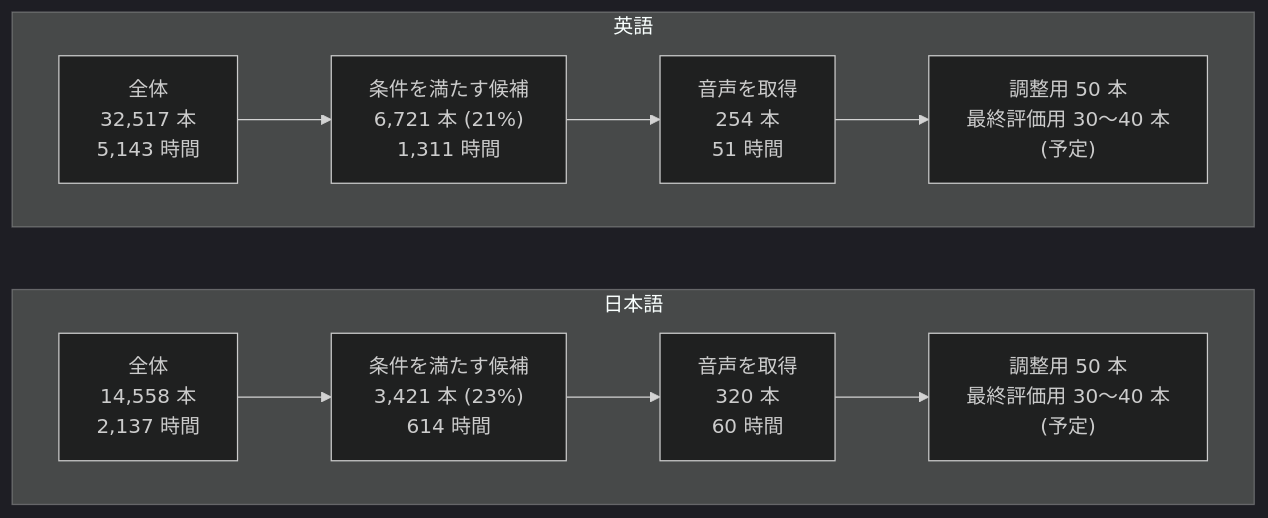
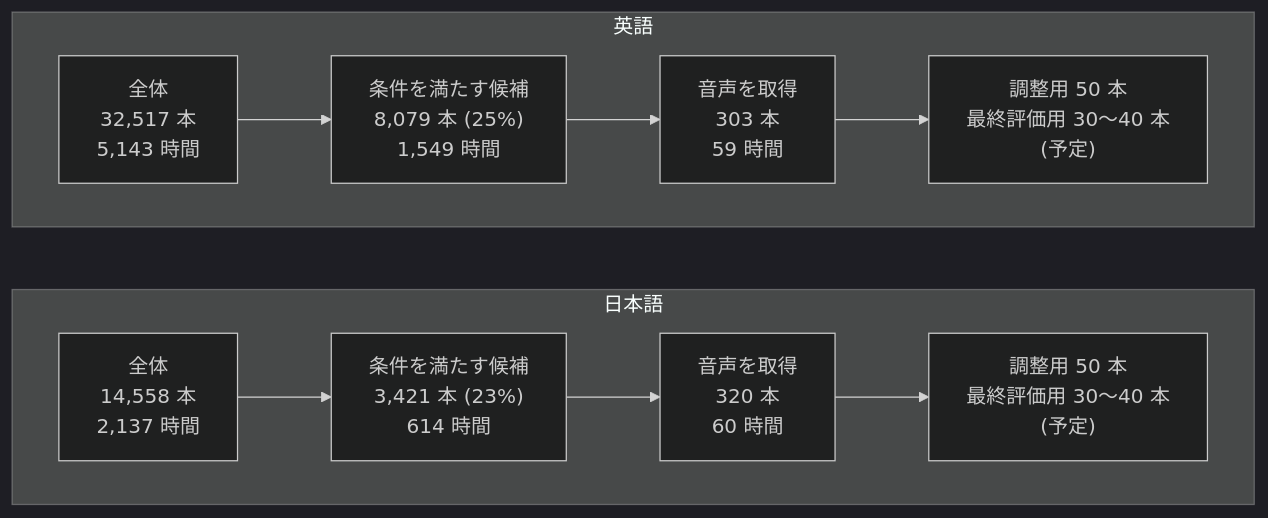
One commit to Mega-Gorilla/livecap-cli changed the third of 6 diagrams in docs/guides/benchmark/yodas2-longform-dataset.md. Above: the diagram before and after it, drawn with Mermaid (dark theme). The commit also changed other lines of this file, not shown here.

````diff
--- a/docs/guides/benchmark/yodas2-longform-dataset.md
+++ b/docs/guides/benchmark/yodas2-longform-dataset.md
@@ -161,11 +173,11 @@
 ```mermaid
 flowchart LR
     subgraph JA["日本語"]
         direction LR
         J1["全体<br/>14,558 本<br/>2,137 時間"] --> J2["条件を満たす候補<br/>3,421 本 (23%)<br/>614 時間"] --> J3["音声を取得<br/>320 本<br/>60 時間"] --> J4["調整用 50 本<br/>最終評価用 30〜40 本<br/>(予定)"]
     end
     subgraph EN["英語"]
         direction LR
-        E1["全体<br/>32,517 本<br/>5,143 時間"] --> E2["条件を満たす候補<br/>6,721 本 (21%)<br/>1,311 時間"] --> E3["音声を取得<br/>254 本<br/>51 時間"] --> E4["調整用 50 本<br/>最終評価用 30〜40 本<br/>(予定)"]
+        E1["全体<br/>32,517 本<br/>5,143 時間"] --> E2["条件を満たす候補<br/>8,079 本 (25%)<br/>1,549 時間"] --> E3["音声を取得<br/>303 本<br/>59 時間"] --> E4["調整用 50 本<br/>最終評価用 30〜40 本<br/>(予定)"]
     end
 ```
````
